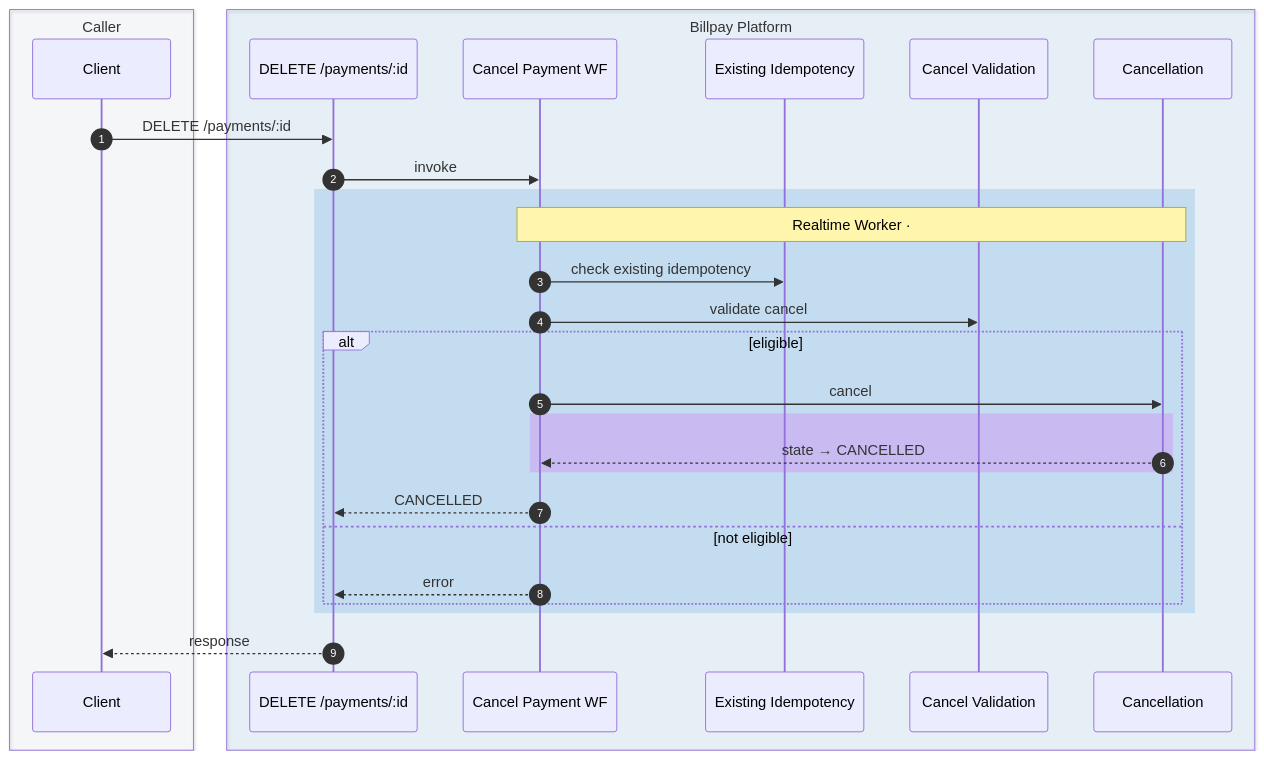
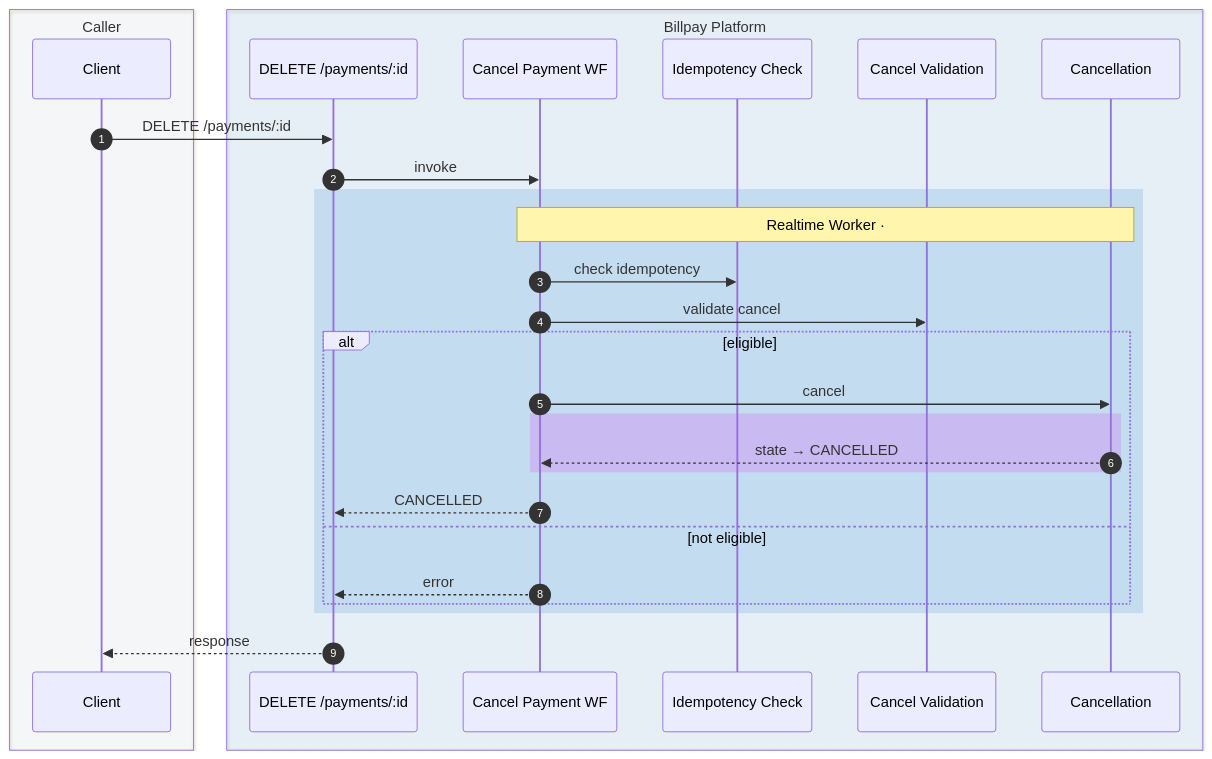
One commit to arunav-bhattacharya/billpay-docs changed the fifth of 10 diagrams in docs/diagrams/sequence-diagrams.md. Above: the diagram before and after it, drawn with Mermaid. The commit also changed other lines of this file, not shown here.

First line of the commit message:
Consolidate New/Existing idempotency actors into single Idempotency Check

````diff
--- a/docs/diagrams/sequence-diagrams.md
+++ b/docs/diagrams/sequence-diagrams.md
@@ -300,36 +300,36 @@
 ```mermaid
 sequenceDiagram
   autonumber
 
   box rgba(148,163,184,0.06) Caller
     participant C as Client
   end
 
   box rgba(0,111,207,0.08) Billpay Platform
     participant API as DELETE /payments/:id
     participant CWF as Cancel Payment WF
-    participant EPI as Existing Idempotency
+    participant IDEMP as Idempotency Check
     participant PCV as Cancel Validation
     participant PCN as Cancellation
   end
 
   C->>API: DELETE /payments/:id
   API->>CWF: invoke
 
   rect rgba(0,111,207,0.15)
     Note over CWF,PCN: Realtime Worker · #CancelPaymentWF — checks eligibility and transitions to CANCELLED
-    CWF->>EPI: check existing idempotency
+    CWF->>IDEMP: check idempotency
     CWF->>PCV: validate cancel
     alt eligible
       CWF->>PCN: cancel
       rect rgba(217,70,239,0.22)
         PCN-->>CWF: state → CANCELLED
       end
       CWF-->>API: CANCELLED
     else not eligible
       CWF-->>API: error
     end
   end
 
   API-->>C: response
 ```
````
